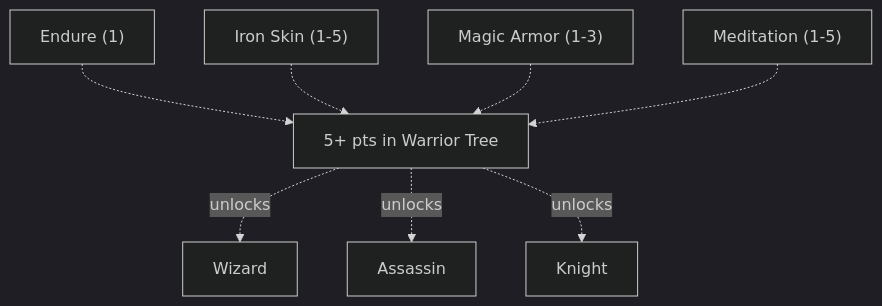
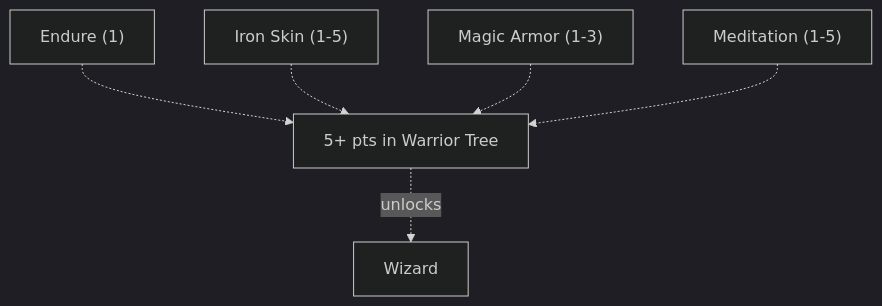
One commit to tfelix/bestia-docs changed diagram 12 of 13 in content/docs/mechanics/master.md. Above: the diagram before and after it, drawn with Mermaid (dark theme). The commit also changed other lines of this file and 1 other file, not shown here.

````diff
--- a/content/docs/mechanics/master.md
+++ b/content/docs/mechanics/master.md
@@ -1763,27 +1324,27 @@
 ```mermaid
 graph TD
     Endure["Endure (1)"]
     IronSkin["Iron Skin (1-5)"]
     MagicArmor["Magic Armor (1-3)"]
     Meditation["Meditation (1-5)"]
     Gate["5+ pts in Warrior Tree"]
     Wizard["Wizard"]
     %% Brawler(("Brawler")) %% parked
     %% Hunter(("Hunter")) %% parked
-    Assassin["Assassin"]
-    Knight["Knight"]
+    %% Assassin["Assassin"] %% parked
+    %% Knight["Knight"] %% parked
     %% Bard(("Bard")) %% parked
     %% Dancer(("Dancer")) %% parked
 
     Endure -.-> Gate
     IronSkin -.-> Gate
     MagicArmor -.-> Gate
     Meditation -.-> Gate
     Gate -.->|unlocks| Wizard
     %% Gate -.->|unlocks| Brawler
     %% Gate -.->|unlocks| Hunter
-    Gate -.->|unlocks| Assassin
-    Gate -.->|unlocks| Knight
+    %% Gate -.->|unlocks| Assassin
+    %% Gate -.->|unlocks| Knight
     %% Gate -.->|unlocks| Bard
     %% Gate -.->|unlocks| Dancer
 ```
````
